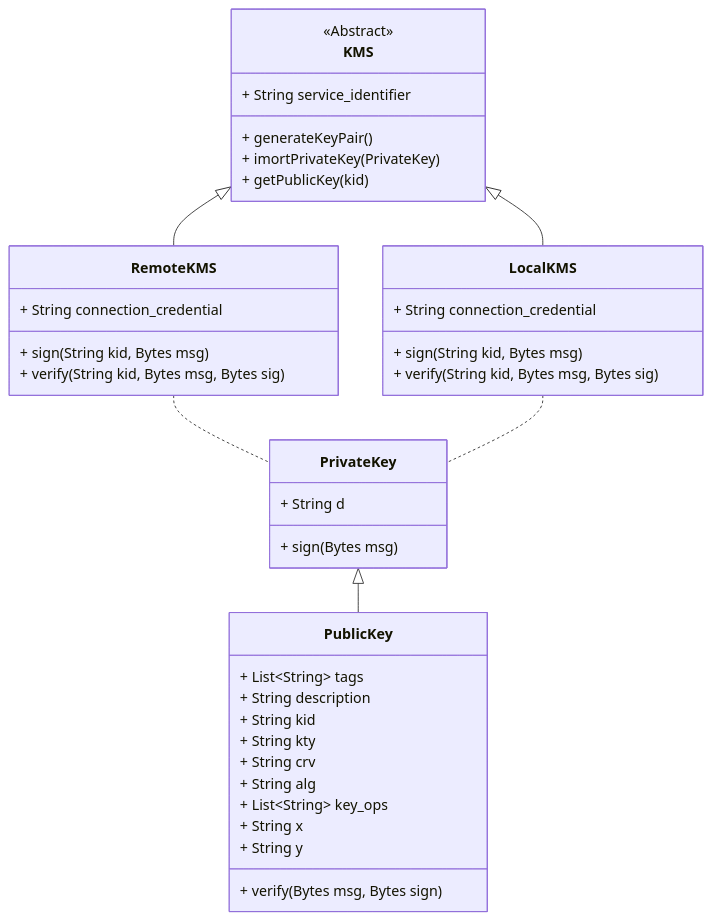
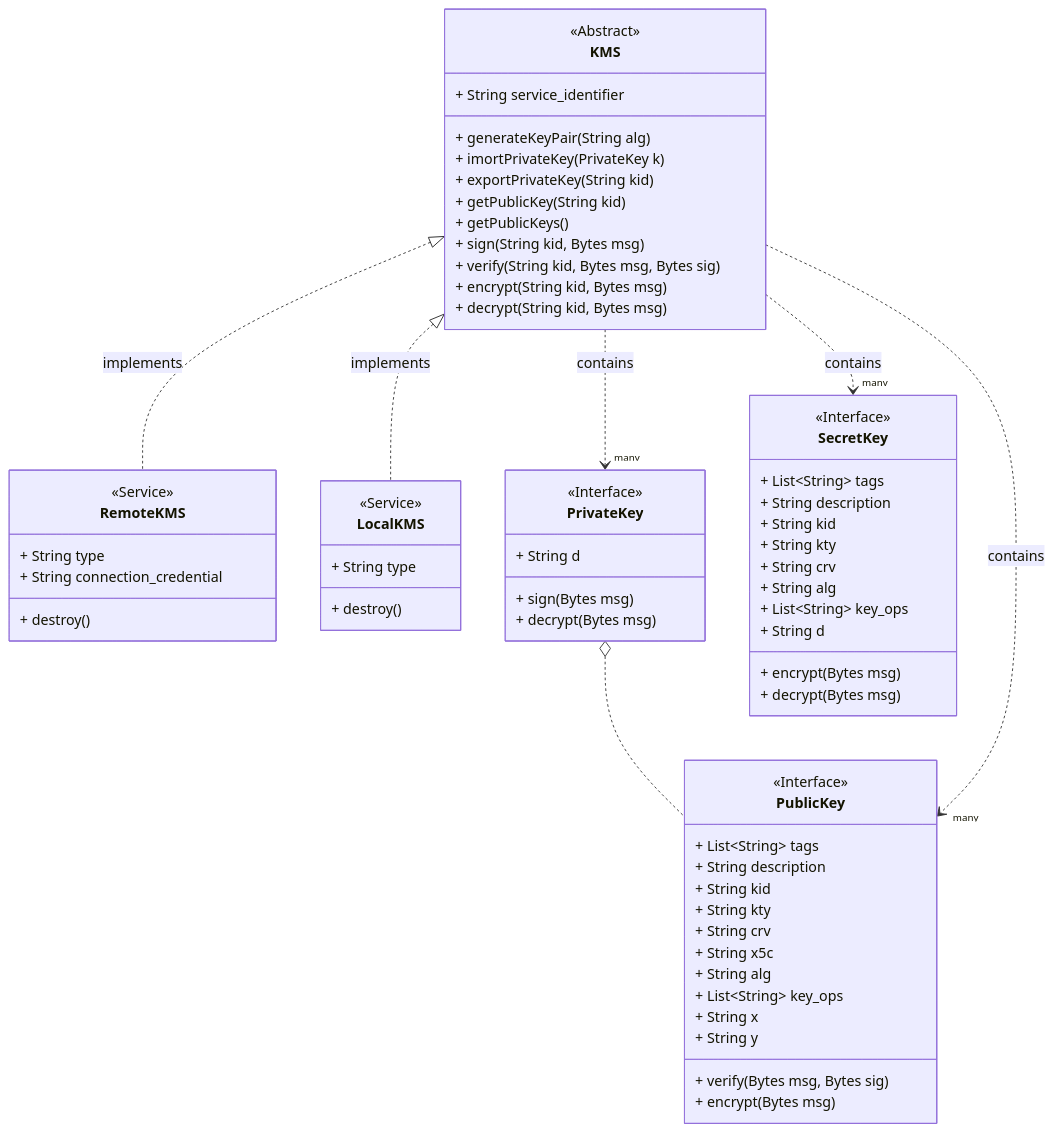
Before and after one commit to openwallet-foundation/architecture-sig: the diagram in docs/key-management-services.md, drawn with Mermaid.

````diff
--- a/docs/key-management-services.md
+++ b/docs/key-management-services.md
@@ -12,41 +12,67 @@
 ```mermaid
 classDiagram
-    class KMS
-    <<Abstract>> KMS
-    KMS: + String service_identifier
-    KMS: + generateKeyPair()
-    KMS: + imortPrivateKey(PrivateKey)
-    KMS: + getPublicKey(kid)
-    class RemoteKMS{
-      + String connection_credential
-      + sign(String kid, Bytes msg)
-      + verify(String kid, Bytes msg, Bytes sig)
+    class KMS{
+        <<Abstract>>
+        + String service_identifier
+        + generateKeyPair(String alg)
+        + imortPrivateKey(PrivateKey k)
+        + exportPrivateKey(String kid)
+        + getPublicKey(String kid)
+        + getPublicKeys()
+        + sign(String kid, Bytes msg)
+        + verify(String kid, Bytes msg, Bytes sig)
+        + encrypt(String kid, Bytes msg)
+        + decrypt(String kid, Bytes msg)
     }
-    class LocalKMS{
-      + String connection_credential
-      + sign(String kid, Bytes msg)
-      + verify(String kid, Bytes msg, Bytes sig)
+    class RemoteKMS {
+        <<Service>>
+        + String type
+        + String connection_credential
+        + destroy()
+    }
+    class LocalKMS {
+        <<Service>>
+        + String type
+        + destroy()
     }
     class PublicKey {
-      + List~String~ tags
-      + String description
-      + String kid
-      + String kty
-      + String crv
-      + String alg
-      + List~String~ key_ops
-      + String x
-      + String y
-      + verify(Bytes msg, Bytes sign)
+        <<Interface>>
+        + List~String~ tags
+        + String description
+        + String kid
+        + String kty
+        + String crv
+        + String x5c
+        + String alg
+        + List~String~ key_ops
+        + String x
+        + String y
+        + verify(Bytes msg, Bytes sig)
+        + encrypt(Bytes msg)
     }
     class PrivateKey {
-      + String d
-      + sign(Bytes msg)
+        <<Interface>>
+        + String d
+        + sign(Bytes msg)
+        + decrypt(Bytes msg)
     }
-    PrivateKey <|-- PublicKey
-    
-    RemoteKMS ..  PrivateKey
-    LocalKMS ..  PrivateKey
-    KMS <|-- RemoteKMS
-    KMS <|-- LocalKMS
+    class SecretKey {
+        <<Interface>>
+        + List~String~ tags
+        + String description
+        + String kid
+        + String kty
+        + String crv
+        + String alg
+        + List~String~ key_ops
+        + String d
+        + encrypt(Bytes msg)
+        + decrypt(Bytes msg)
+    }
+    PrivateKey o.. PublicKey
+    KMS  ..> "many" SecretKey : contains
+    KMS  ..> "many" PrivateKey : contains
+    KMS  ..> "many" PublicKey : contains
+    KMS <|.. RemoteKMS : implements
+    KMS <|.. LocalKMS : implements
 ```
````
